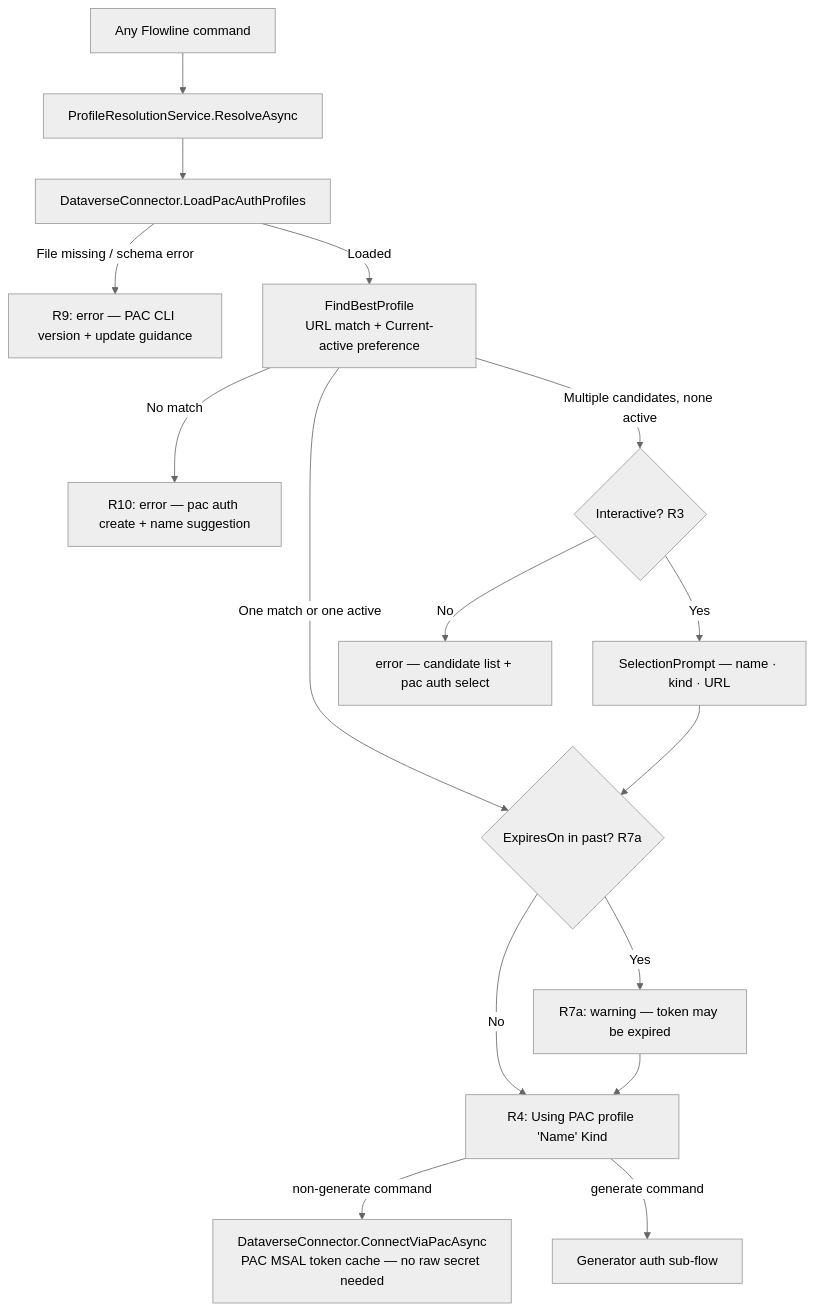
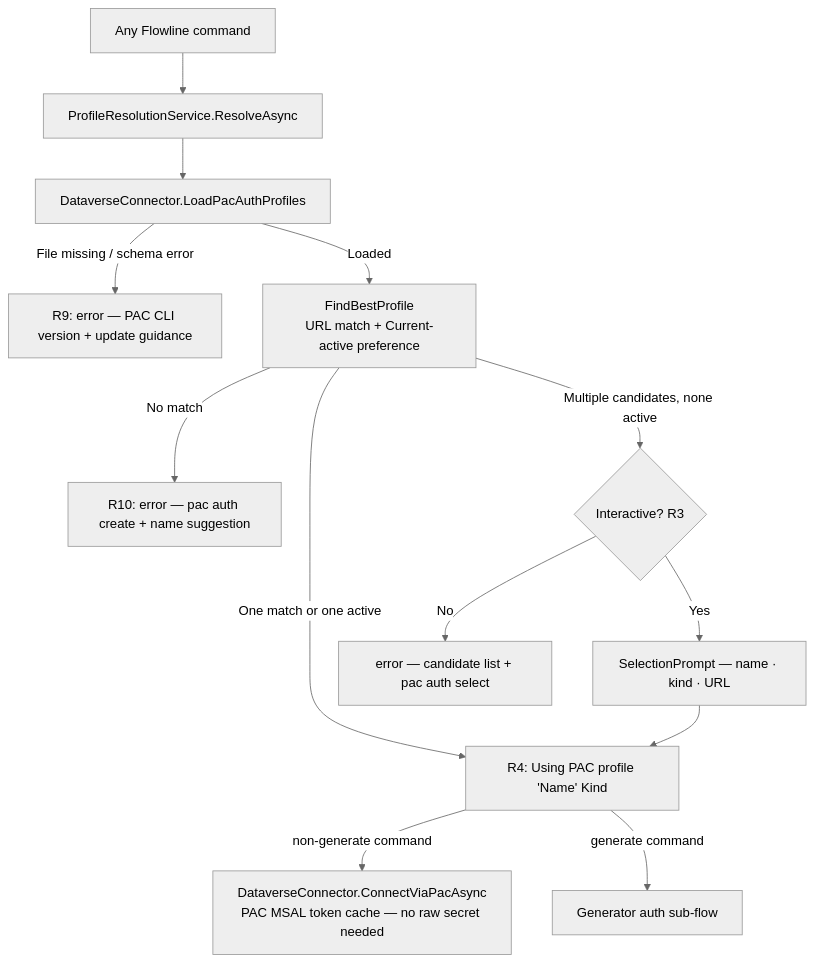
The first of 2 diagrams in docs/plans/2026-06-19-001-feat-pac-as-oracle-auth-plan.md (RemyDuijkeren/Flowline), drawn with Mermaid (neutral theme) before and after one commit. The commit also changed other lines of this file and 4 other files, not shown here.

Commit message:
remove R7a expiry warning — token auth works regardless of ExpiresOn

````diff
--- a/docs/plans/2026-06-19-001-feat-pac-as-oracle-auth-plan.md
+++ b/docs/plans/2026-06-19-001-feat-pac-as-oracle-auth-plan.md
@@ -108,23 +107,21 @@
 ```mermaid
 flowchart TB
   CMD[Any Flowline command] --> SVC[ProfileResolutionService.ResolveAsync]
   SVC --> LOAD[DataverseConnector.LoadPacAuthProfiles]
 
   LOAD -->|File missing / schema error| ERR_FILE[R9: error — PAC CLI version + update guidance]
   LOAD -->|Loaded| FIND[FindBestProfile\nURL match + Current-active preference]
 
   FIND -->|No match| ERR_NONE[R10: error — pac auth create + name suggestion]
-  FIND -->|One match or one active| EXPIRY{ExpiresOn in past? R7a}
+  FIND -->|One match or one active| STATUS
   FIND -->|Multiple candidates, none active| AMBIG{Interactive? R3}
 
   AMBIG -->|Yes| PICKER[SelectionPrompt — name · kind · URL]
   AMBIG -->|No| ERR_AMBIG[error — candidate list + pac auth select]
-  PICKER --> EXPIRY
+  PICKER --> STATUS
 
-  EXPIRY -->|Yes| WARN[R7a: warning — token may be expired]
-  EXPIRY -->|No| STATUS
-  WARN --> STATUS[R4: Using PAC profile 'Name' Kind]
+  STATUS[R4: Using PAC profile 'Name' Kind]
 
   STATUS -->|non-generate command| CONNECT[DataverseConnector.ConnectViaPacAsync\nPAC MSAL token cache — no raw secret needed]
   STATUS -->|generate command| GEN[Generator auth sub-flow]
 ```
````
